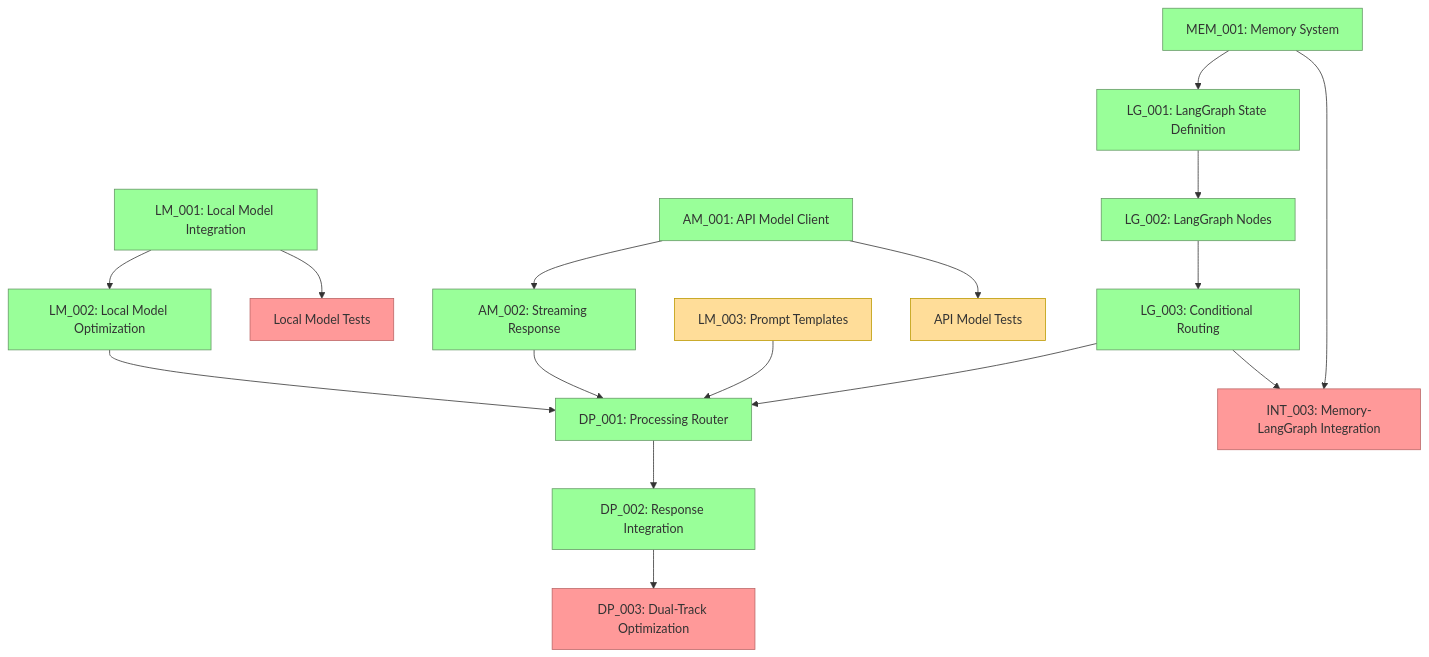
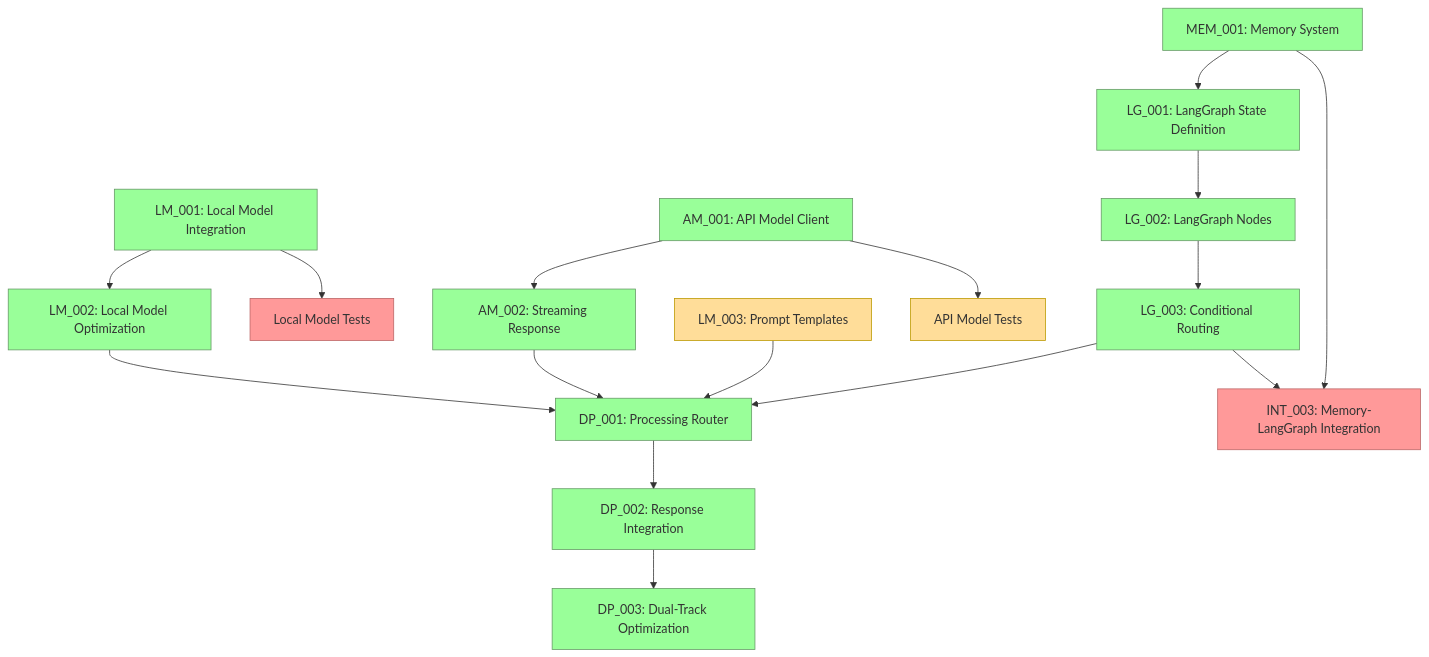
One commit to vigil-313/VANTA-ALPHA changed the diagram in SESSION_STATE.md. Above: the diagram before and after it, drawn with Mermaid. The commit also changed other lines of this file and 7 other files, not shown here.

````diff
--- a/SESSION_STATE.md
+++ b/SESSION_STATE.md
@@ -334,35 +372,35 @@
 ```mermaid
 graph TD
     %% Core Components with Status
     LM001[LM_001: Local Model Integration] --> LM002[LM_002: Local Model Optimization]
     
     AM001[AM_001: API Model Client] --> AM002[AM_002: Streaming Response]
     
     MEM001[MEM_001: Memory System] --> LG001[LG_001: LangGraph State Definition]
     LG001 --> LG002[LG_002: LangGraph Nodes]
     LG002 --> LG003[LG_003: Conditional Routing]
     
     LM002 & AM002 & LG003 --> DP001[DP_001: Processing Router]
     
     LM003[LM_003: Prompt Templates] --> DP001
     
     %% Integration path
     DP001 --> DP002[DP_002: Response Integration]
     DP002 --> DP003[DP_003: Dual-Track Optimization]
     
     %% Memory-LangGraph Integration
     LG003 & MEM001 --> INT003[INT_003: Memory-LangGraph Integration]
     
     %% Testing
     LM001 --> LMTest[Local Model Tests]
     AM001 --> AMTest[API Model Tests]
     
     %% Status styling
     classDef completed fill:#9f9,stroke:#696,stroke-width:1px
     classDef inprogress fill:#fd9,stroke:#b90,stroke-width:1px
     classDef notstarted fill:#f99,stroke:#b66,stroke-width:1px
     
-    class LM001,AM001,MEM001,LM002,AM002,LG001,LG002,LG003,DP001,DP002 completed
+    class LM001,AM001,MEM001,LM002,AM002,LG001,LG002,LG003,DP001,DP002,DP003 completed
     class LM003,AMTest inprogress
-    class INT003,LMTest,DP003 notstarted
+    class INT003,LMTest notstarted
 ```
````
